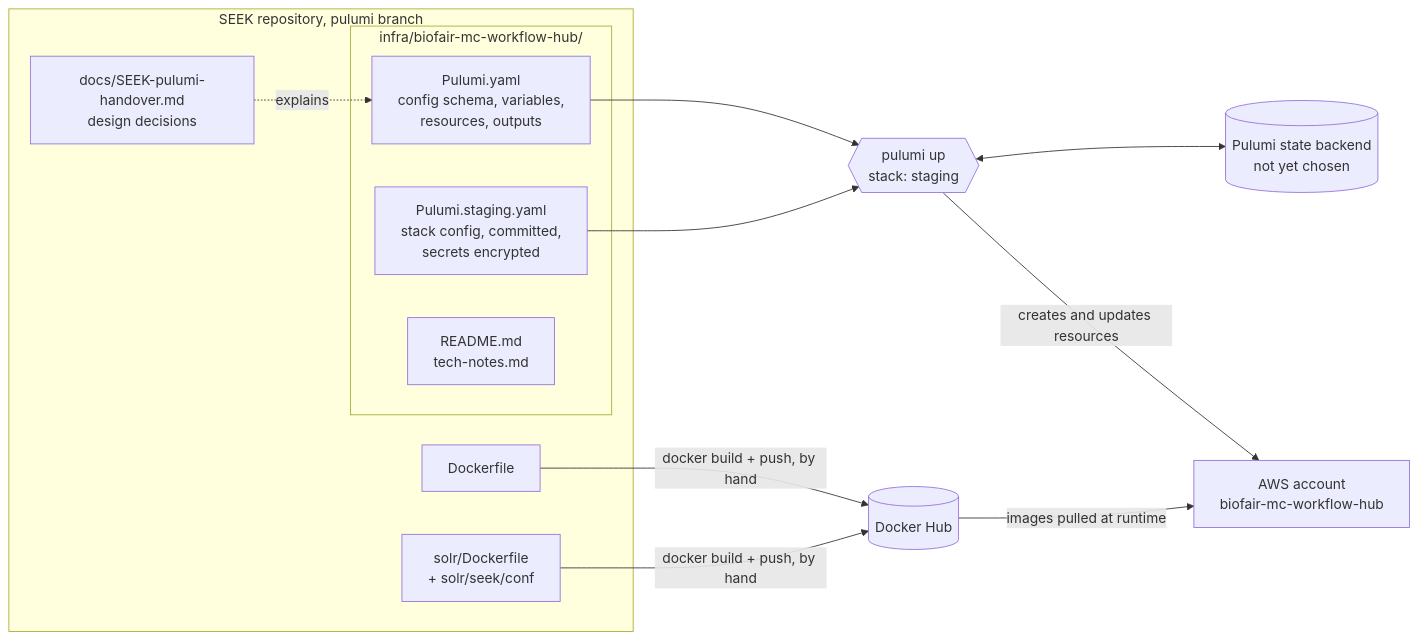
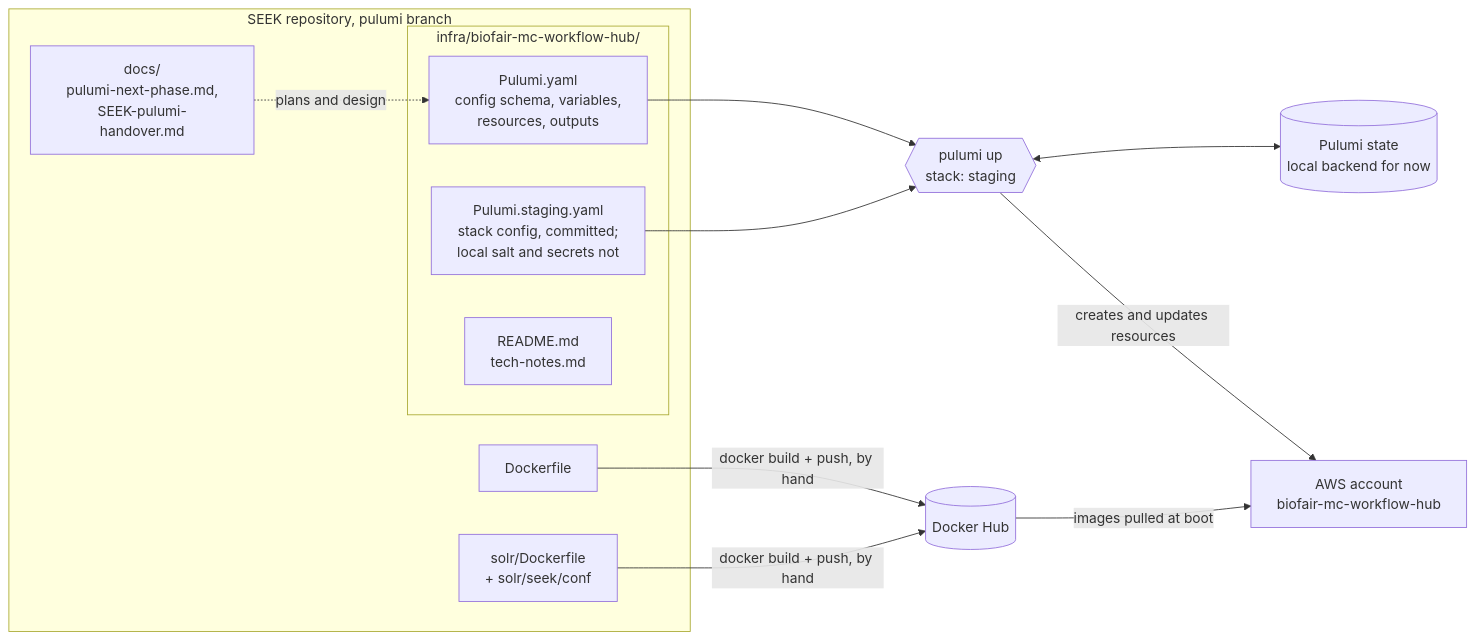
One commit to seek4science/seek changed the fifth of 5 diagrams in docs/pulumi-architecture.md. Above: the diagram before and after it, drawn with Mermaid. The commit also changed other lines of this file and 2 other files, not shown here.

First line of the commit message:
Bring the architecture doc up to date; make YAML comments self-contained

````diff
--- a/docs/pulumi-architecture.md
+++ b/docs/pulumi-architecture.md
@@ -172,26 +214,26 @@
 ```mermaid
 flowchart LR
     subgraph repo["SEEK repository, pulumi branch"]
         dockerfile["Dockerfile"]
         solrdf["solr/Dockerfile<br/>+ solr/seek/conf"]
         subgraph proj["infra/biofair-mc-workflow-hub/"]
             program["Pulumi.yaml<br/>config schema, variables,<br/>resources, outputs"]
-            stack["Pulumi.staging.yaml<br/>stack config, committed,<br/>secrets encrypted"]
+            stack["Pulumi.staging.yaml<br/>stack config, committed;<br/>local salt and secrets not"]
             readme["README.md<br/>tech-notes.md"]
         end
-        handover["docs/SEEK-pulumi-handover.md<br/>design decisions"]
+        docs["docs/<br/>pulumi-next-phase.md,<br/>SEEK-pulumi-handover.md"]
     end
 
     dockerhub[("Docker Hub")]
-    state[("Pulumi state backend<br/>not yet chosen")]
+    state[("Pulumi state<br/>local backend for now")]
     awsacct["AWS account<br/>biofair-mc-workflow-hub"]
 
     dockerfile -- "docker build + push, by hand" --> dockerhub
     solrdf -- "docker build + push, by hand" --> dockerhub
     program --> up{{"pulumi up<br/>stack: staging"}}
     stack --> up
     up <--> state
     up -- "creates and updates resources" --> awsacct
-    dockerhub -- "images pulled at runtime" --> awsacct
-    handover -. "explains" .-> program
+    dockerhub -- "images pulled at boot" --> awsacct
+    docs -. "plans and design" .-> program
 ```
````
